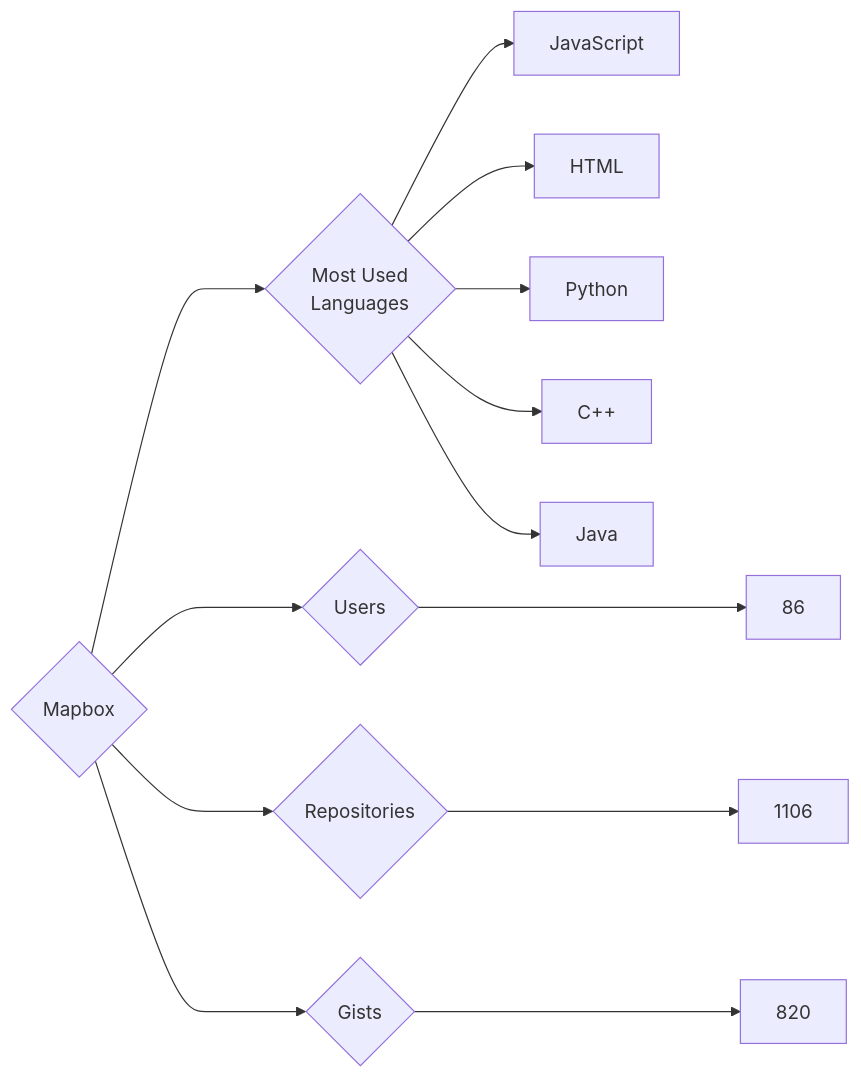
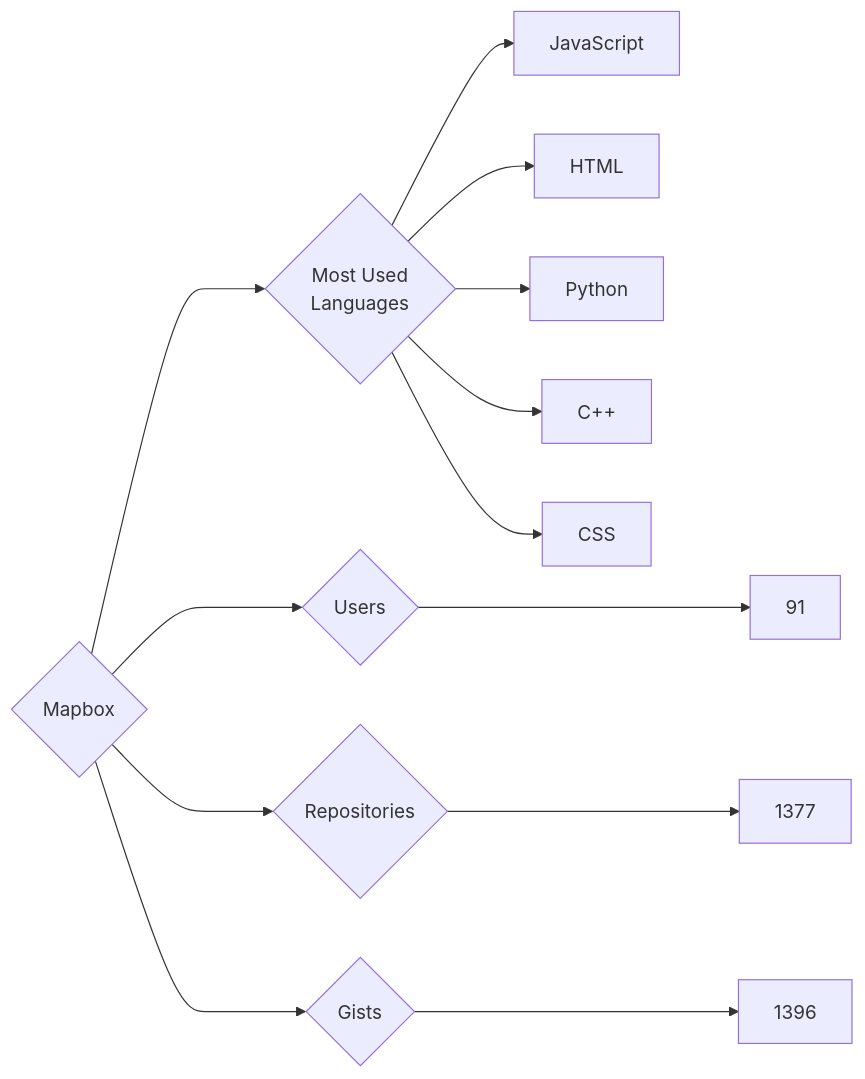
One commit to trickest/insiders changed the diagram in targets/Mapbox/README.md. Above: the diagram before and after it, drawn with Mermaid. The commit also changed 794 other files, not shown here.

````diff
--- a/targets/Mapbox/README.md
+++ b/targets/Mapbox/README.md
@@ -3,13 +3,13 @@
 ```mermaid
 graph LR
 COMPANY_NAME{Mapbox}
-COMPANY_NAME ---> U{Users} ---> UN[86]
-COMPANY_NAME ---> R{Repositories} ---> RN[1106]
-COMPANY_NAME ---> G{Gists} ---> GN[820]
+COMPANY_NAME ---> U{Users} ---> UN[91]
+COMPANY_NAME ---> R{Repositories} ---> RN[1377]
+COMPANY_NAME ---> G{Gists} ---> GN[1396]
 COMPANY_NAME ---> ML{Most Used<br>Languages}
 ML --> JavaScript[JavaScript]
 ML --> HTML[HTML]
 ML --> Python[Python]
 ML --> C++[C++]
-ML --> Java[Java]
+ML --> CSS[CSS]
 ```
````
